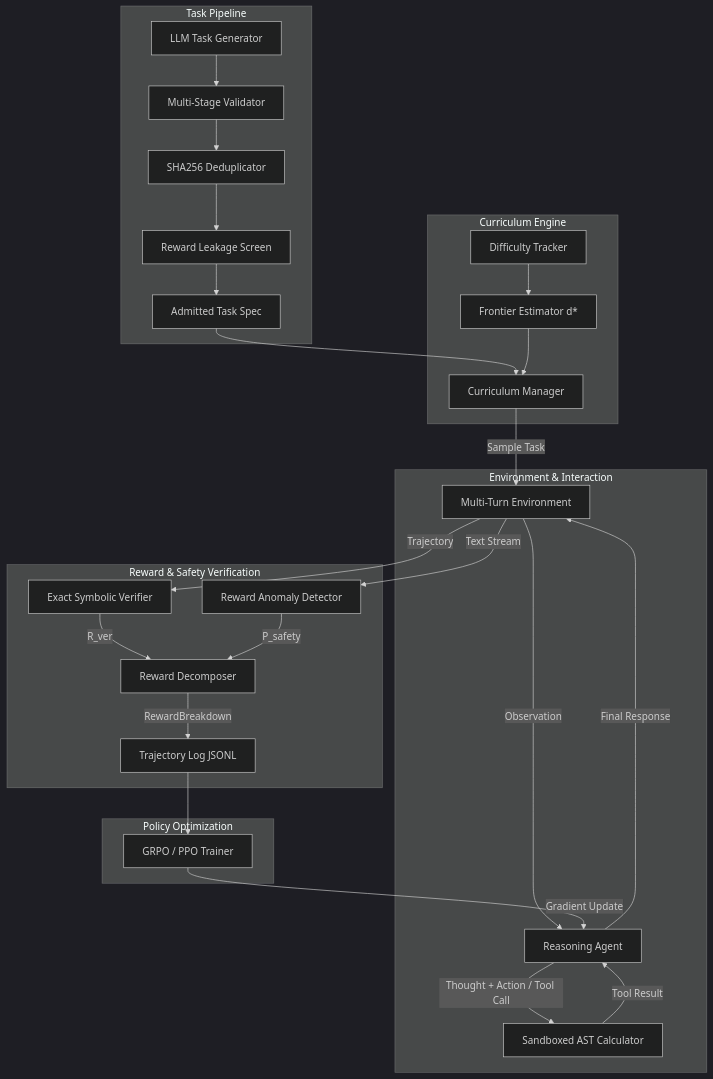
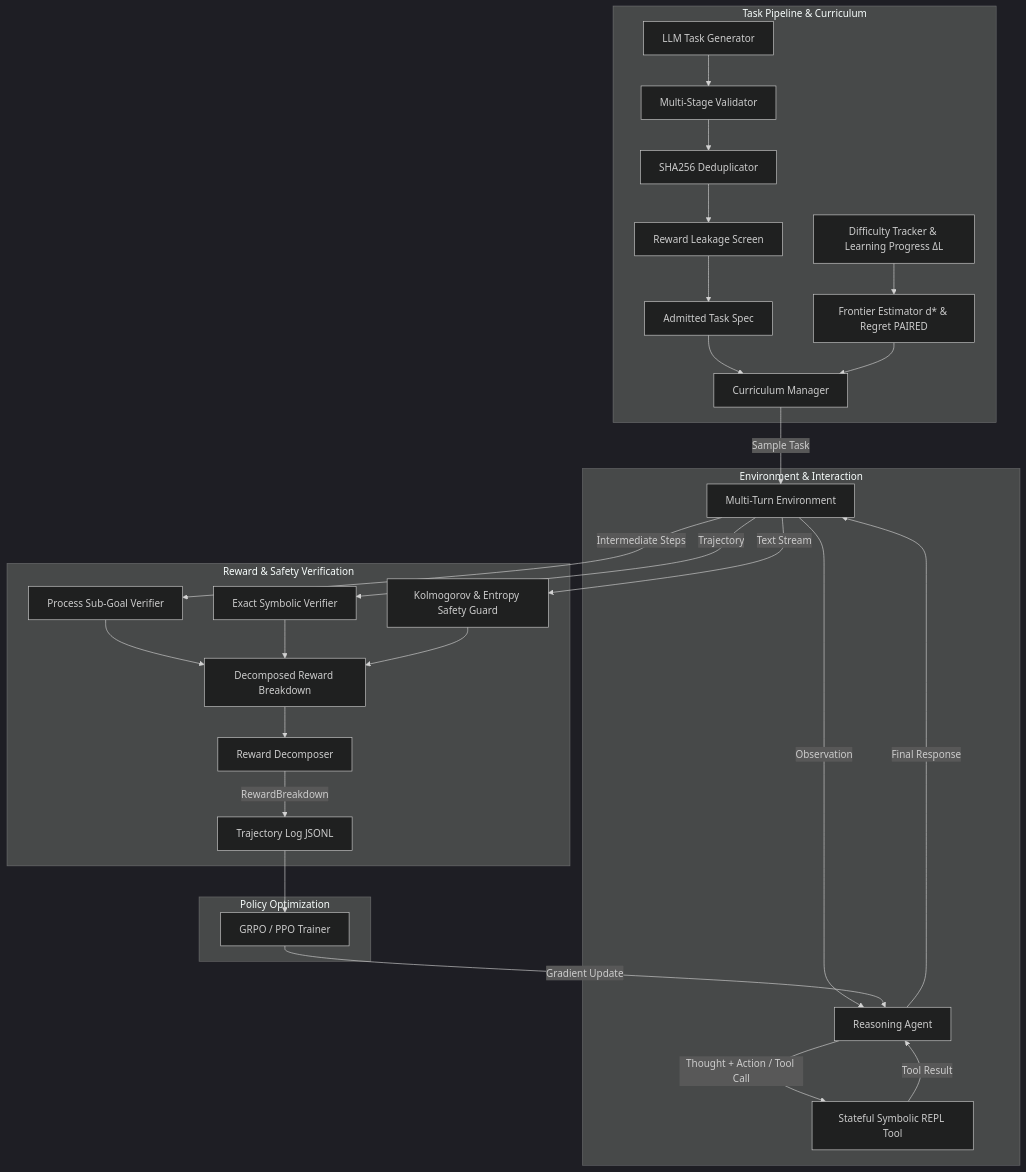
Before and after one commit to Jainam1673/orbit: the diagram in README.md, drawn with Mermaid (dark theme). The commit also changed 12 other files, not shown here.

Commit message:
feat(orbit-v2): implement first-principles scientific upgrades: learning progress frontier, stateful SymPy REPL, Kolmogorov compression anomaly detection, process sub-goals, and regret curriculum

````diff
--- a/README.md
+++ b/README.md
@@ -35,36 +35,36 @@
 ```mermaid
 flowchart TD
-    subgraph Task Pipeline
+    subgraph Task Pipeline & Curriculum
         TG[LLM Task Generator] --> VAL[Multi-Stage Validator]
         VAL --> DEDUP[SHA256 Deduplicator]
         DEDUP --> SCRN[Reward Leakage Screen]
         SCRN --> ADMIT[Admitted Task Spec]
-    end
-
-    subgraph Curriculum Engine
         ADMIT --> CM[Curriculum Manager]
-        DT[Difficulty Tracker] --> FE[Frontier Estimator d*]
+        DT[Difficulty Tracker & Learning Progress ΔL] --> FE[Frontier Estimator d* & Regret PAIRED]
         FE --> CM
     end
 
     subgraph Environment & Interaction
         CM -->|Sample Task| ENV[Multi-Turn Environment]
         ENV -->|Observation| AGT[Reasoning Agent]
-        AGT -->|Thought + Action / Tool Call| TOOL[Sandboxed AST Calculator]
-        TOOL -->|Tool Result| AGT
+        AGT -->|Thought + Action / Tool Call| REPL[Stateful Symbolic REPL Tool]
+        REPL -->|Tool Result| AGT
         AGT -->|Final Response| ENV
     end
 
     subgraph Reward & Safety Verification
+        ENV -->|Intermediate Steps| PROC[Process Sub-Goal Verifier]
         ENV -->|Trajectory| VER[Exact Symbolic Verifier]
-        ENV -->|Text Stream| SEC[Reward Anomaly Detector]
-        VER -->|R_ver| RWD[Reward Decomposer]
-        SEC -->|P_safety| RWD
+        ENV -->|Text Stream| SEC[Kolmogorov & Entropy Safety Guard]
+        PROC --> AGG[Decomposed Reward Breakdown]
+        VER --> AGG
+        SEC --> AGG
+        AGG --> RWD[Reward Decomposer]
         RWD -->|RewardBreakdown| LOG[Trajectory Log JSONL]
     end
 
     subgraph Policy Optimization
         LOG --> GRPO[GRPO / PPO Trainer]
         GRPO -->|Gradient Update| AGT
     end
 ```
````
